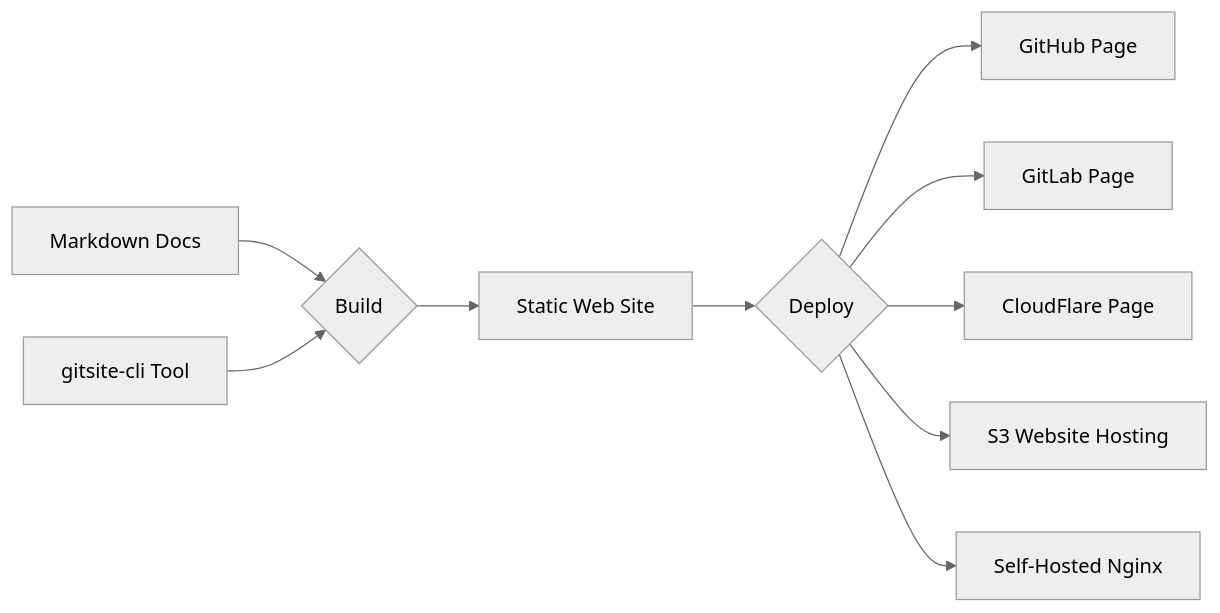
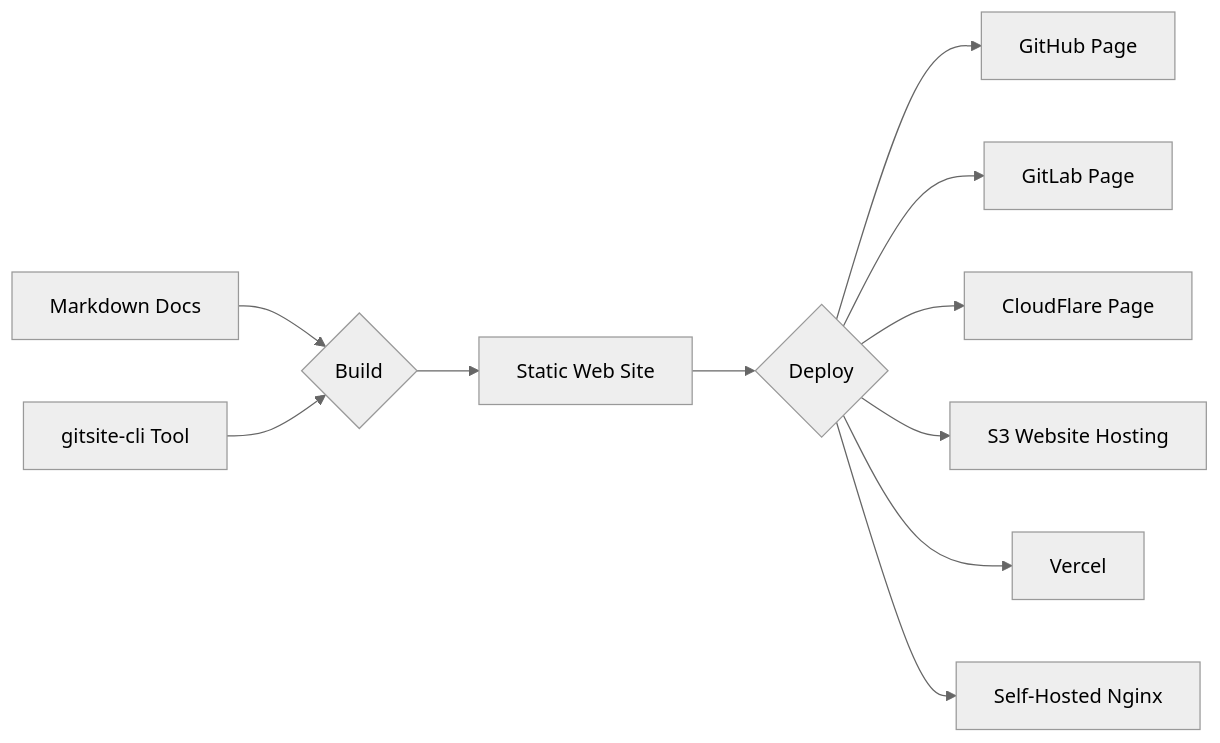
The diagram in source/README.md (michaelliao/gitsite), drawn with Mermaid (neutral theme) before and after one commit.

Commit message:
update index diagram

````diff
--- a/source/README.md
+++ b/source/README.md
@@ -9,17 +9,18 @@
 ```mermaid
 flowchart LR
     md[Markdown Docs]
     gitsite[gitsite-cli Tool]
     build{Build}
     deploy{Deploy}
     html[Static Web Site]
     md --> build
     gitsite --> build
     build --> html
     html --> deploy
     deploy --> github[GitHub Page]
     deploy --> gitlab[GitLab Page]
     deploy --> cloudflare[CloudFlare Page]
     deploy --> s3[S3 Website Hosting]
+    deploy --> vercel[Vercel]
     deploy --> nginx[Self-Hosted Nginx]
 ```
````
